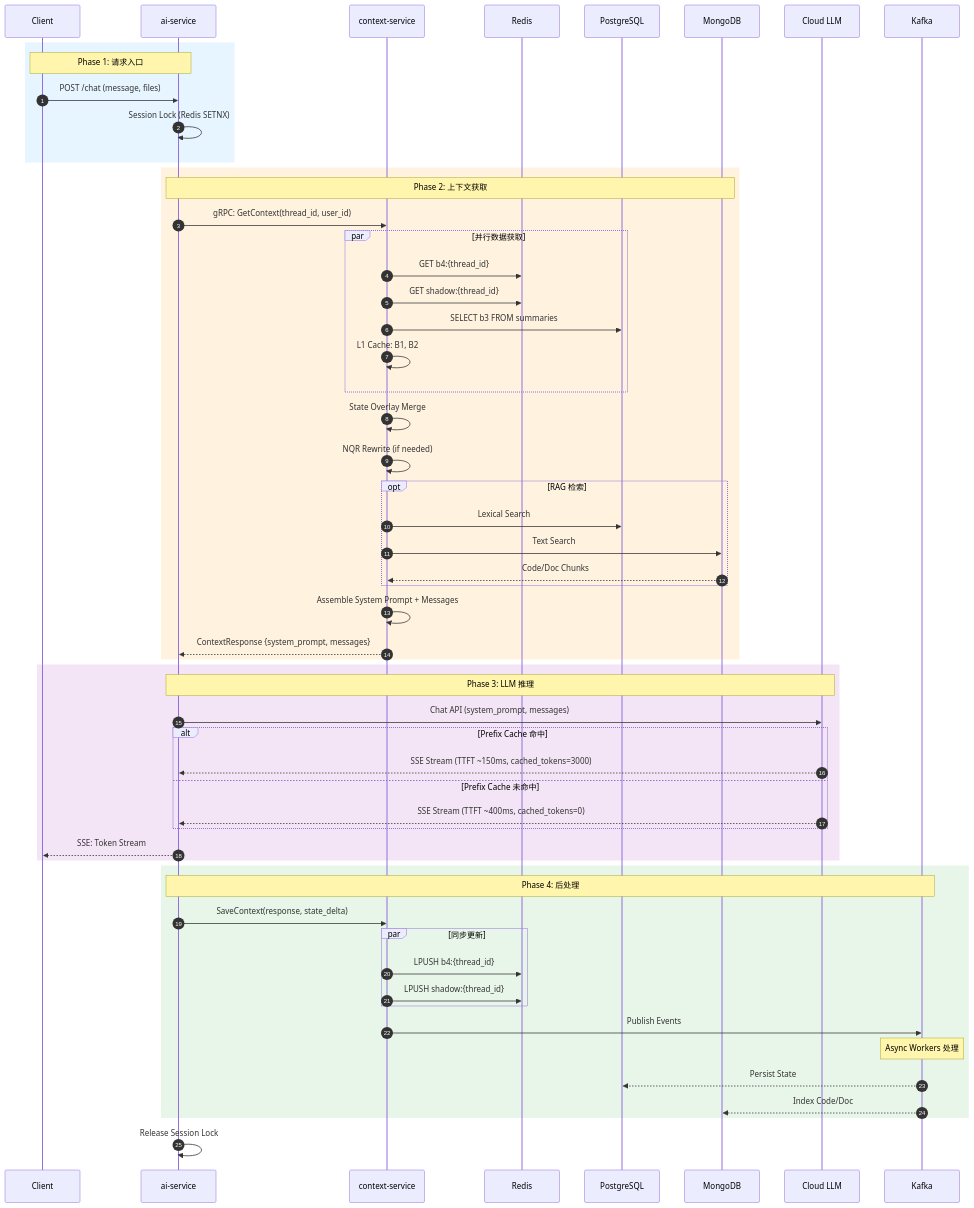
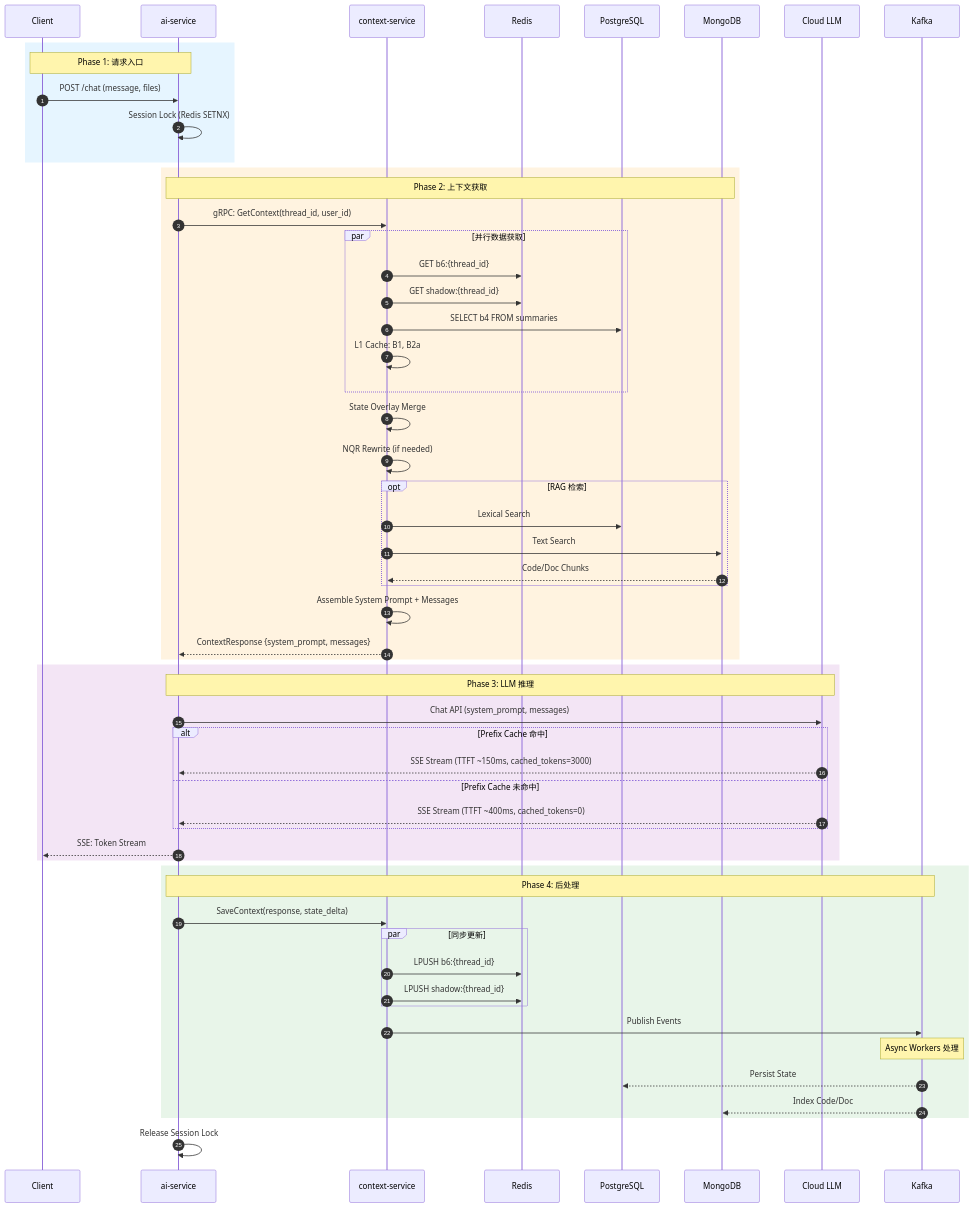
Before and after one commit to D15190304050/generic-agent: diagram 34 of 38 in discussions/ContextManagerV6.md, drawn with Mermaid. The commit also changed other lines of this file, not shown here.

````diff
--- a/discussions/ContextManagerV6.md
+++ b/discussions/ContextManagerV6.md
@@ -2773,74 +2784,74 @@
 ```mermaid
 sequenceDiagram
     autonumber
     participant Client as Client
     participant AS as ai-service
     participant CS as context-service
     participant Redis as Redis
     participant PG as PostgreSQL
     participant Mongo as MongoDB
     participant LLM as Cloud LLM
     participant Kafka as Kafka
 
     rect rgb(230, 245, 255)
         Note over Client,AS: Phase 1: 请求入口
         Client->>AS: POST /chat (message, files)
         AS->>AS: Session Lock (Redis SETNX)
     end
 
     rect rgb(255, 243, 224)
         Note over AS,Mongo: Phase 2: 上下文获取
         AS->>CS: gRPC: GetContext(thread_id, user_id)
         
         par 并行数据获取
-            CS->>Redis: GET b4:{thread_id}
+            CS->>Redis: GET b6:{thread_id}
             CS->>Redis: GET shadow:{thread_id}
-            CS->>PG: SELECT b3 FROM summaries
-            CS->>CS: L1 Cache: B1, B2
+            CS->>PG: SELECT b4 FROM summaries
+            CS->>CS: L1 Cache: B1, B2a
         end
         
         CS->>CS: State Overlay Merge
         CS->>CS: NQR Rewrite (if needed)
         
         opt RAG 检索
             CS->>PG: Lexical Search
             CS->>Mongo: Text Search
             Mongo-->>CS: Code/Doc Chunks
         end
         
         CS->>CS: Assemble System Prompt + Messages
         
         CS-->>AS: ContextResponse {system_prompt, messages}
     end
 
     rect rgb(243, 229, 245)
         Note over AS,LLM: Phase 3: LLM 推理
         AS->>LLM: Chat API (system_prompt, messages)
         
         alt Prefix Cache 命中
             LLM-->>AS: SSE Stream (TTFT ~150ms, cached_tokens=3000)
         else Prefix Cache 未命中
             LLM-->>AS: SSE Stream (TTFT ~400ms, cached_tokens=0)
         end
         
         AS-->>Client: SSE: Token Stream
     end
 
     rect rgb(232, 245, 233)
         Note over AS,Kafka: Phase 4: 后处理
         AS->>CS: SaveContext(response, state_delta)
         
         par 同步更新
-            CS->>Redis: LPUSH b4:{thread_id}
+            CS->>Redis: LPUSH b6:{thread_id}
             CS->>Redis: LPUSH shadow:{thread_id}
         end
         
         CS->>Kafka: Publish Events
         
         Note over Kafka: Async Workers 处理
         Kafka-->>PG: Persist State
         Kafka-->>Mongo: Index Code/Doc
     end
 
     AS->>AS: Release Session Lock
 ```
````
